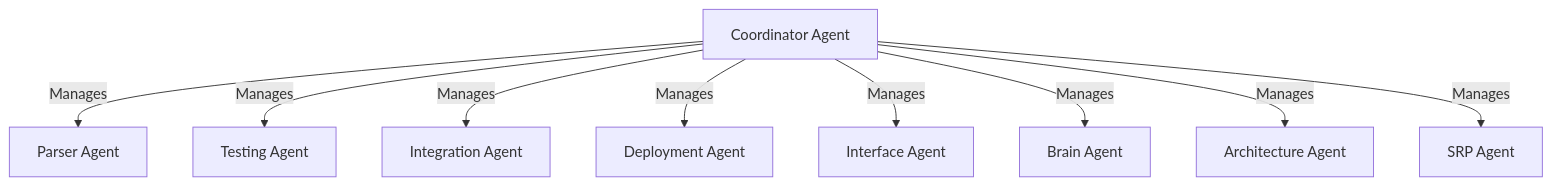
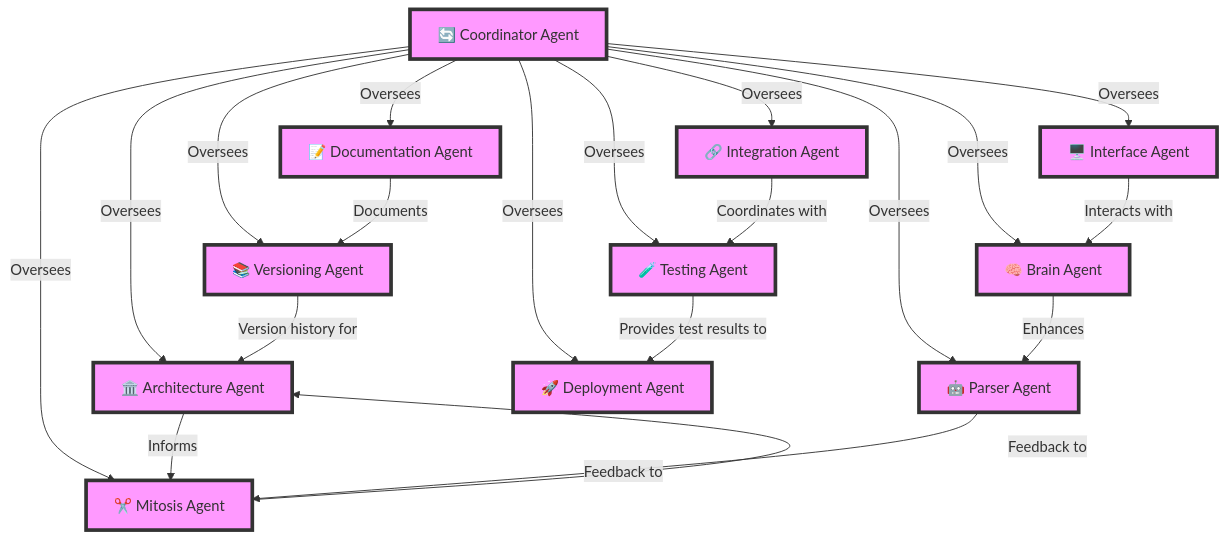
One commit to manurueda/Genesis changed the diagram in README.md. Above: the diagram before and after it, drawn with Mermaid. The commit also changed other lines of this file, not shown here.

````diff
--- a/README.md
+++ b/README.md
@@ -41,11 +44,26 @@
 ```mermaid
-graph TD;
-    CoordinatorAgent[Coordinator Agent] -->|Manages| ParserAgent[Parser Agent]
-    CoordinatorAgent -->|Manages| TestingAgent[Testing Agent]
-    CoordinatorAgent -->|Manages| IntegrationAgent[Integration Agent]
-    CoordinatorAgent -->|Manages| DeploymentAgent[Deployment Agent]
-    CoordinatorAgent -->|Manages| InterfaceAgent[Interface Agent]
-    CoordinatorAgent -->|Manages| BrainAgent[Brain Agent]
-    CoordinatorAgent -->|Manages| ArchitectureAgent[Architecture Agent]
-    CoordinatorAgent -->|Manages| SRPAgent[SRP Agent]
+graph TB;
+    CoordinatorAgent[🔄 Coordinator Agent] -->|Oversees| ArchitectureAgent[🏛️ Architecture Agent]
+    CoordinatorAgent -->|Oversees| MitosisAgent[✂️ Mitosis Agent]
+    CoordinatorAgent -->|Oversees| ParserAgent[🤖 Parser Agent]
+    CoordinatorAgent -->|Oversees| IntegrationAgent[🔗 Integration Agent]
+    CoordinatorAgent -->|Oversees| TestingAgent[🧪 Testing Agent]
+    CoordinatorAgent -->|Oversees| DeploymentAgent[🚀 Deployment Agent]
+    CoordinatorAgent -->|Oversees| DocumentationAgent[📝 Documentation Agent]
+    CoordinatorAgent -->|Oversees| VersioningAgent[📚 Versioning Agent]
+    CoordinatorAgent -->|Oversees| InterfaceAgent[🖥️ Interface Agent]
+    CoordinatorAgent -->|Oversees| BrainAgent[🧠 Brain Agent]
+
+    ArchitectureAgent -->|Informs| MitosisAgent
+    MitosisAgent -->|Feedback to| ArchitectureAgent
+    ParserAgent -->|Feedback to| MitosisAgent
+    IntegrationAgent -->|Coordinates with| TestingAgent
+    TestingAgent -->|Provides test results to| DeploymentAgent
+    DocumentationAgent -->|Documents| VersioningAgent
+    VersioningAgent -->|Version history for| ArchitectureAgent
+    InterfaceAgent -->|Interacts with| BrainAgent
+    BrainAgent -->|Enhances| ParserAgent
+
+    classDef default fill:#f9f,stroke:#333,stroke-width:4px;
+    class CoordinatorAgent,ArchitectureAgent,MitosisAgent,ParserAgent,IntegrationAgent,TestingAgent,DeploymentAgent,DocumentationAgent,VersioningAgent,InterfaceAgent,BrainAgent default;
 ```
````
